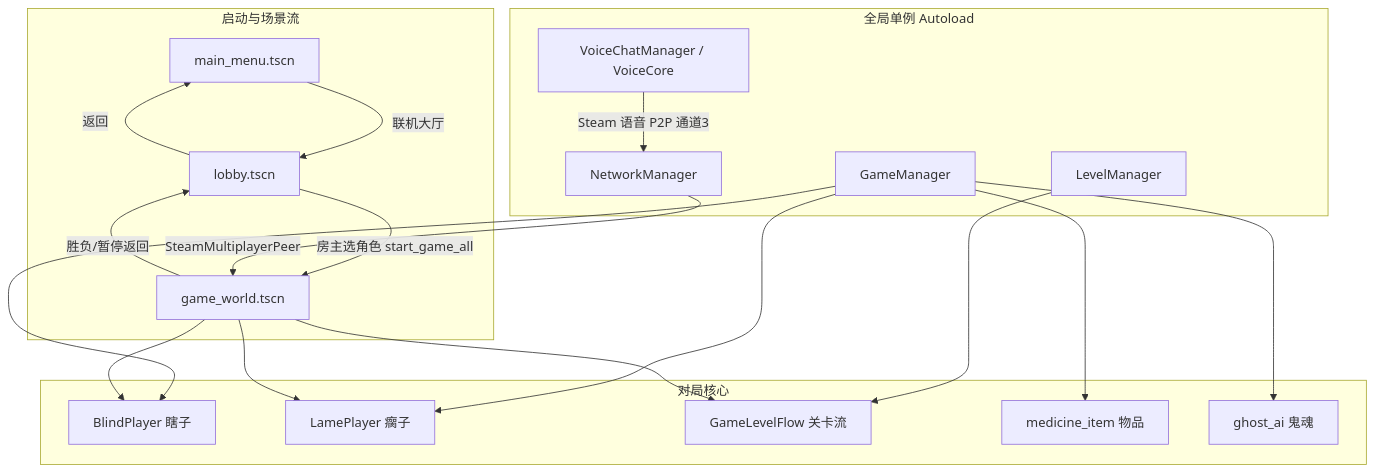
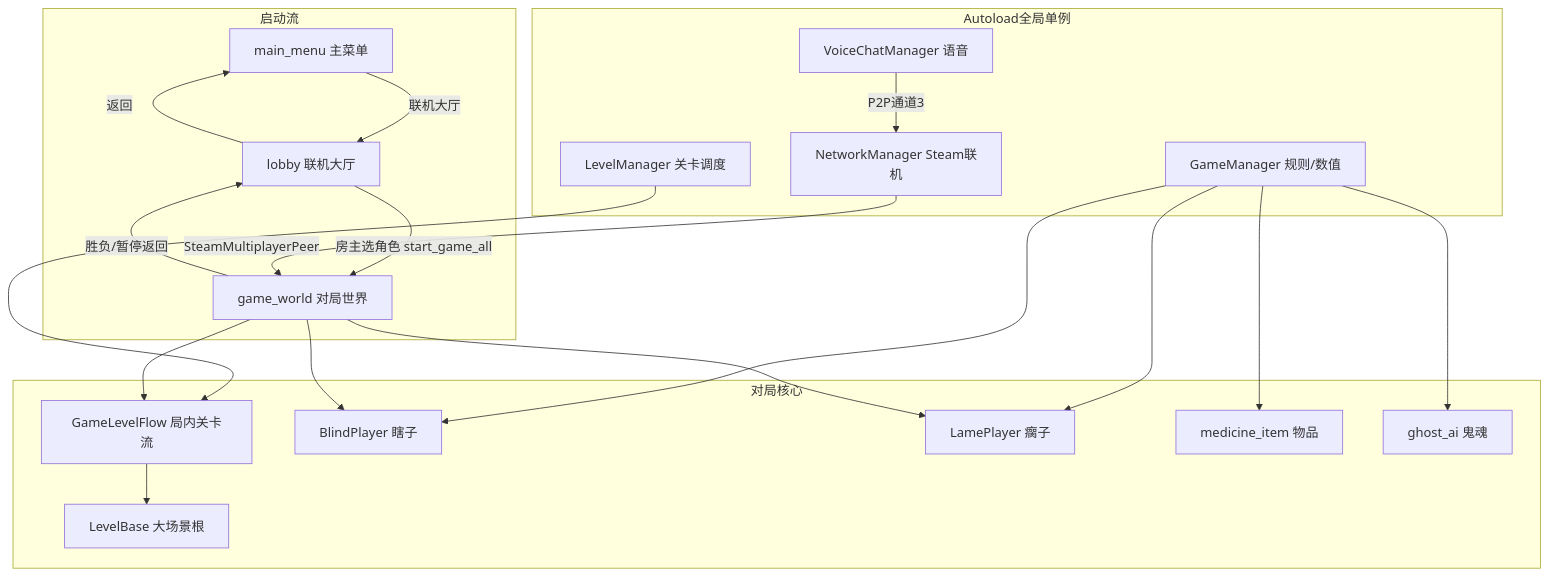
Before and after one commit to 05-chen/The_Game_Jam_Object: the first of 5 diagrams in README.md, drawn with Mermaid. The commit also changed other lines of this file, not shown here.

````diff
--- a/README.md
+++ b/README.md
@@ -9,33 +22,35 @@
 ```mermaid
 flowchart TB
-    subgraph Bootstrap["启动与场景流"]
-        MM[main_menu.tscn]
-        LB[lobby.tscn]
-        GW[game_world.tscn]
+    subgraph 启动流
+        MM[main_menu 主菜单]
+        LB[lobby 联机大厅]
+        GW[game_world 对局世界]
         MM -->|联机大厅| LB
         LB -->|房主选角色 start_game_all| GW
         GW -->|胜负/暂停返回| LB
         LB -->|返回| MM
     end
 
-    subgraph Autoload["全局单例 Autoload"]
-        GM[GameManager]
-        NM[NetworkManager]
-        VC[VoiceChatManager / VoiceCore]
-        LM[LevelManager]
+    subgraph Autoload全局单例
+        GM[GameManager 规则/数值]
+        NM[NetworkManager Steam联机]
+        VC[VoiceChatManager 语音]
+        LM[LevelManager 关卡调度]
     end
 
-    subgraph Gameplay["对局核心"]
+    subgraph 对局核心
+        GLF[GameLevelFlow 局内关卡流]
         BP[BlindPlayer 瞎子]
         LP[LamePlayer 瘸子]
-        GLF[GameLevelFlow 关卡流]
         IT[medicine_item 物品]
         GH[ghost_ai 鬼魂]
+        LB2[LevelBase 大场景根]
     end
 
     NM -->|SteamMultiplayerPeer| GW
     GM --> BP & LP & IT & GH
-    VC -->|Steam 语音 P2P 通道3| NM
+    VC -->|P2P通道3| NM
     LM --> GLF
     GW --> GLF & BP & LP
+    GLF --> LB2
 ```
````
